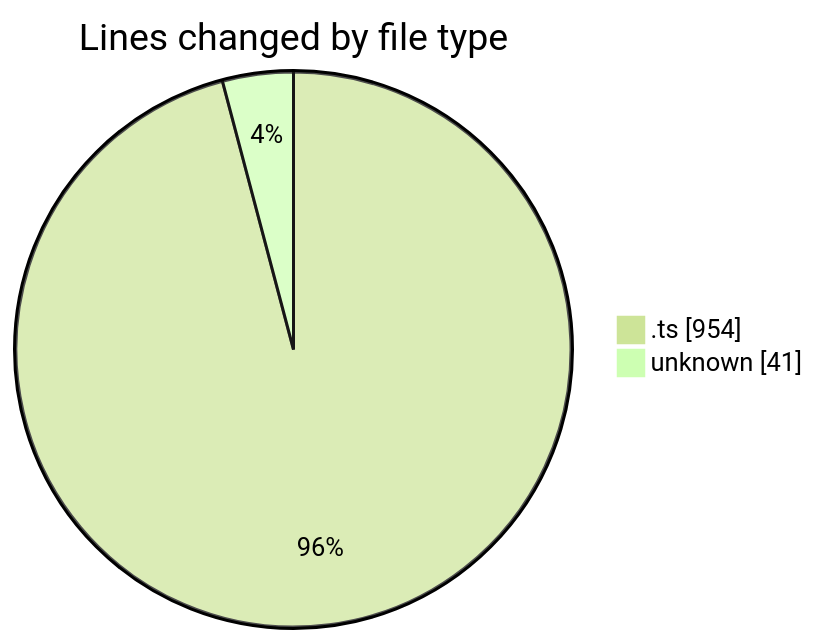
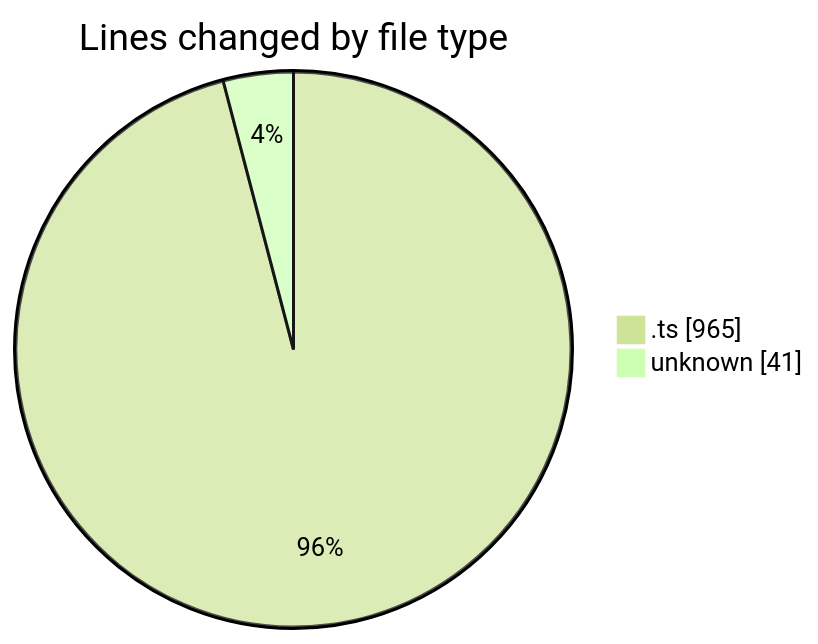
Before and after one commit to momahboobian/code-tracking: the first of 2 diagrams in 2025-08-18/cda/README.md, drawn with Mermaid (forest theme). The commit also changed other lines of this file and 1 other file, not shown here.

````diff
--- a/2025-08-18/cda/README.md
+++ b/2025-08-18/cda/README.md
@@ -24,6 +24,6 @@
 ```mermaid
 pie showData
 title Lines changed by file type
-".ts" : 954
+".ts" : 965
 "unknown" : 41
 ```
````
